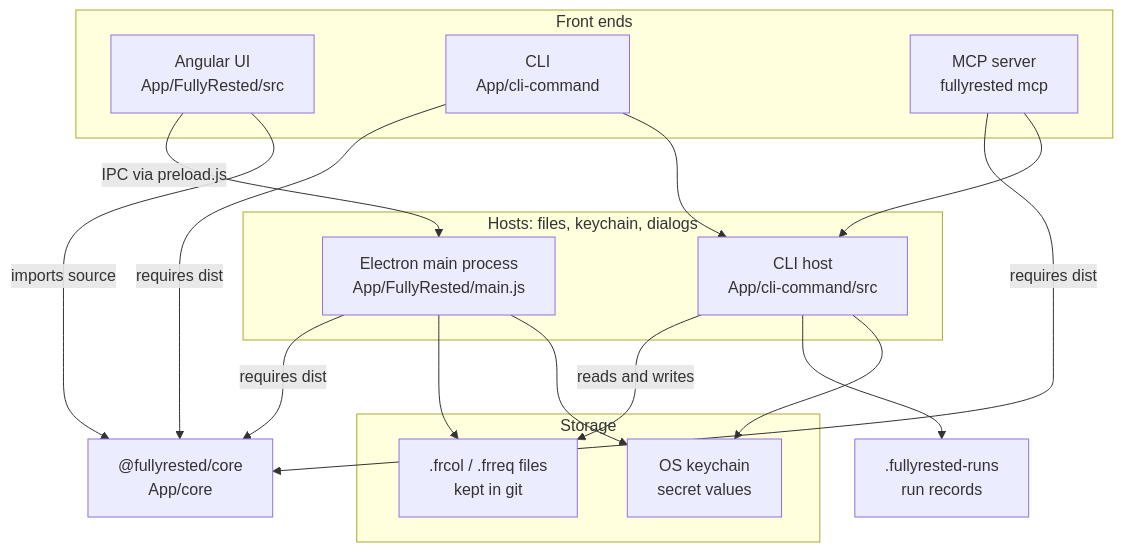
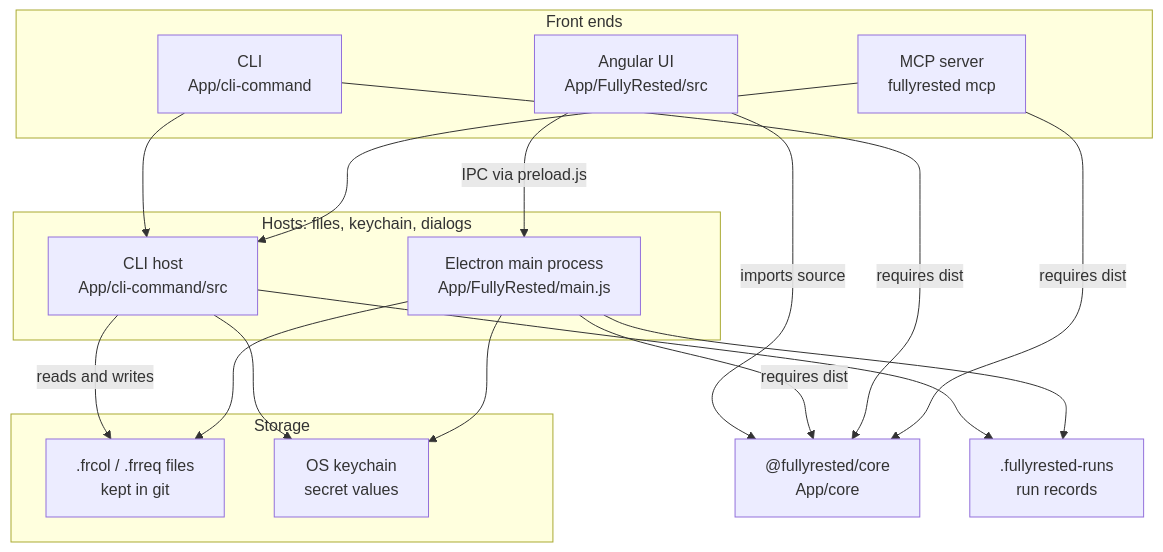
One commit to BlueFin605/FullyRested changed the diagram in SYSDOC.md. Above: the diagram before and after it, drawn with Mermaid. The commit also changed other lines of this file and 1 other file, not shown here.

````diff
--- a/SYSDOC.md
+++ b/SYSDOC.md
@@ -16,29 +16,30 @@
 ```mermaid
 flowchart TB
     subgraph FrontEnds["Front ends"]
         UI["Angular UI<br/>App/FullyRested/src"]
         CLI["CLI<br/>App/cli-command"]
         MCP["MCP server<br/>fullyrested mcp"]
     end
     subgraph Hosts["Hosts: files, keychain, dialogs"]
         Main["Electron main process<br/>App/FullyRested/main.js"]
         CliHost["CLI host<br/>App/cli-command/src"]
     end
     Core["@fullyrested/core<br/>App/core"]
     subgraph Storage["Storage"]
         Files[".frcol / .frreq files<br/>kept in git"]
         Keychain["OS keychain<br/>secret values"]
     end
     UI -->|"IPC via preload.js"| Main
     UI -->|"imports source"| Core
     Main -->|"requires dist"| Core
     CLI -->|"requires dist"| Core
     MCP -->|"requires dist"| Core
     CLI --> CliHost
     MCP --> CliHost
     CliHost -->|"reads and writes"| Files
     CliHost --> Runs[".fullyrested-runs<br/>run records"]
     CliHost --> Keychain
     Main --> Files
+    Main --> Runs
     Main --> Keychain
 ```
````
